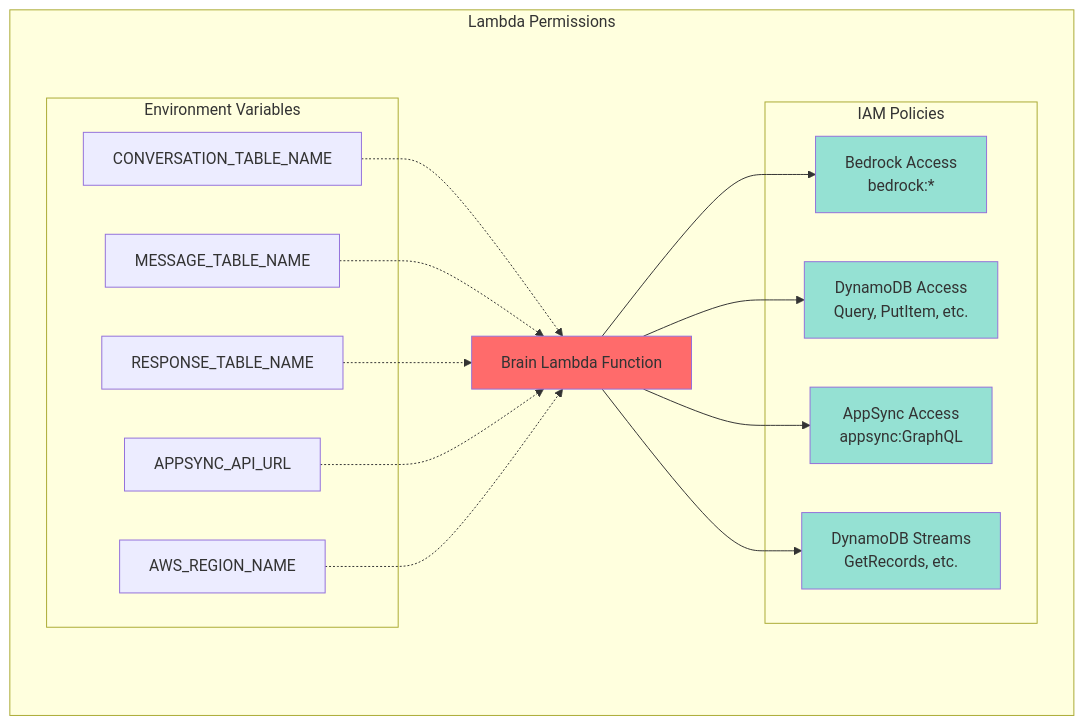
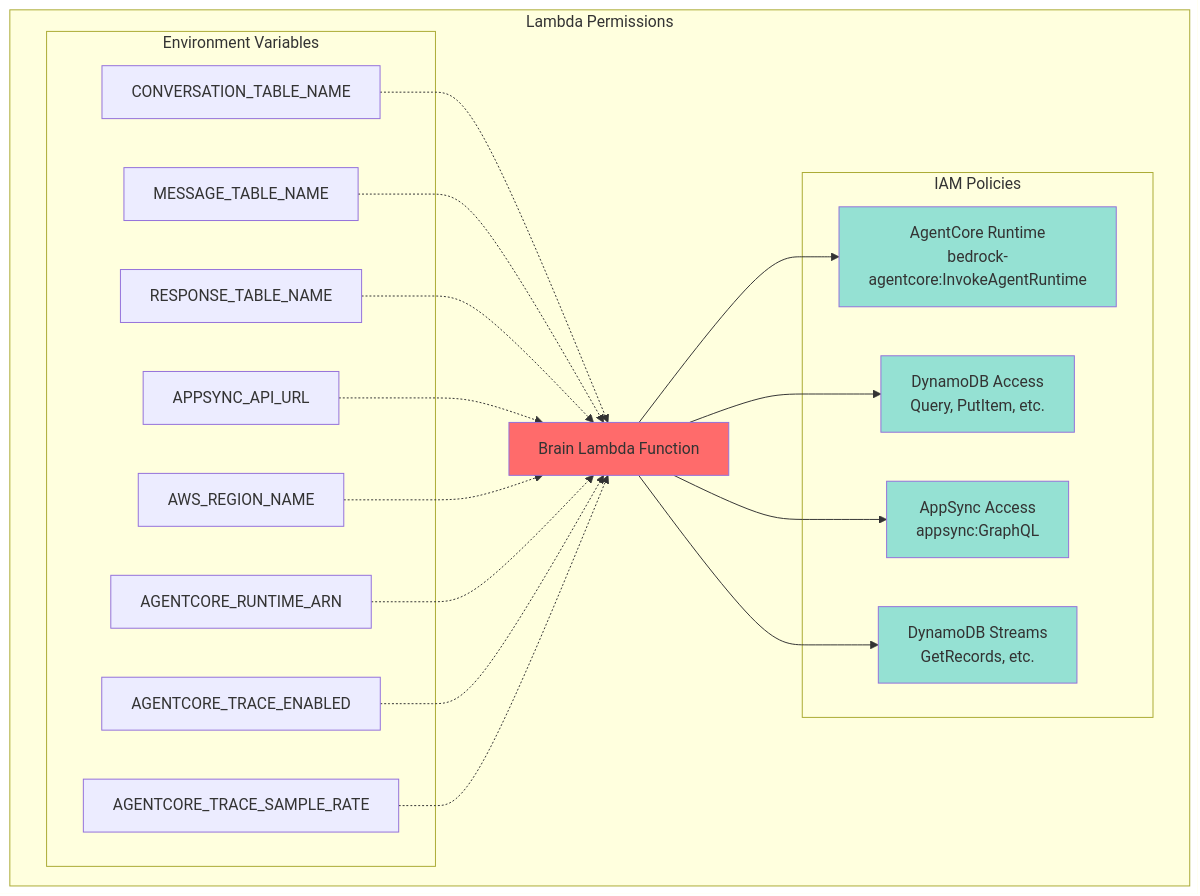
The eighth of 17 diagrams in BACKEND_ARCHITECTURE.md (Elevator-Robot/brainincup), drawn with Mermaid before and after one commit. The commit also changed other lines of this file and 11 other files, not shown here.

Commit message:
migrating from LangChain to AgentCore

````diff
--- a/BACKEND_ARCHITECTURE.md
+++ b/BACKEND_ARCHITECTURE.md
@@ -265,37 +265,43 @@
 ```mermaid
 graph TB
     subgraph "Lambda Permissions"
         A[Brain Lambda Function]
         
         subgraph "IAM Policies"
-            B[Bedrock Access<br/>bedrock:*]
+            B[AgentCore Runtime<br/>bedrock-agentcore:InvokeAgentRuntime]
             C[DynamoDB Access<br/>Query, PutItem, etc.]
             D[AppSync Access<br/>appsync:GraphQL]
             E[DynamoDB Streams<br/>GetRecords, etc.]
         end
         
         subgraph "Environment Variables"
             F[CONVERSATION_TABLE_NAME]
             G[MESSAGE_TABLE_NAME]
             H[RESPONSE_TABLE_NAME]
             I[APPSYNC_API_URL]
             J[AWS_REGION_NAME]
+            N[AGENTCORE_RUNTIME_ARN]
+            O[AGENTCORE_TRACE_ENABLED]
+            P[AGENTCORE_TRACE_SAMPLE_RATE]
         end
     end
     
     A --> B
     A --> C
     A --> D
     A --> E
     F -.-> A
     G -.-> A
     H -.-> A
     I -.-> A
     J -.-> A
+    N -.-> A
+    O -.-> A
+    P -.-> A
     
     style A fill:#FF6B6B
     style B fill:#95E1D3
     style C fill:#95E1D3
     style D fill:#95E1D3
     style E fill:#95E1D3
 ```
````
